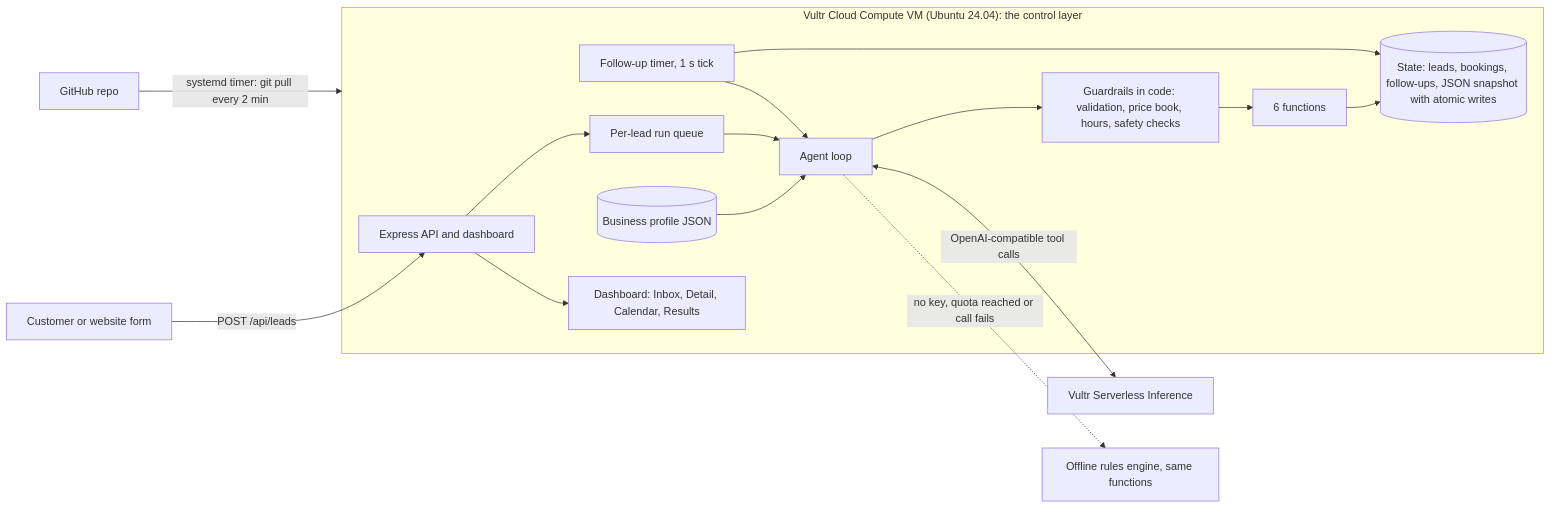
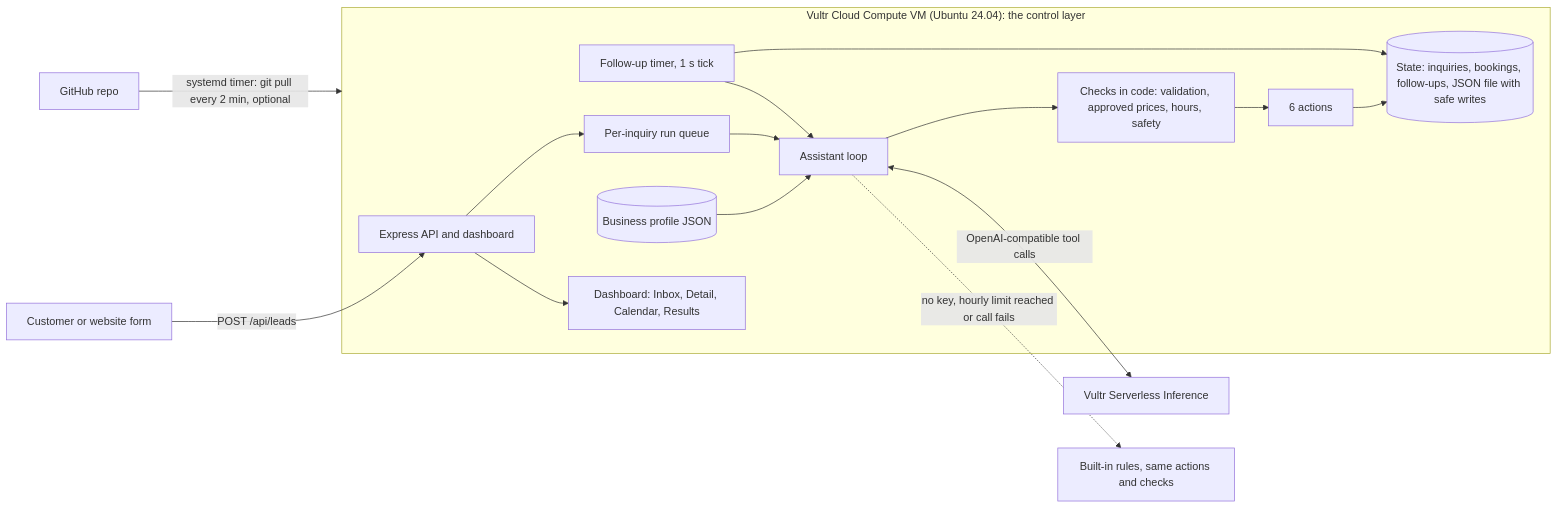
One commit to firstanswerhq/first-answer-agent changed the diagram in README.md. Above: the diagram before and after it, drawn with Mermaid. The commit also changed other lines of this file and 2 other files, not shown here.

````diff
--- a/README.md
+++ b/README.md
@@ -62,18 +69,18 @@
 ```mermaid
 flowchart LR
   C[Customer or website form] -->|POST /api/leads| API
   subgraph VM["Vultr Cloud Compute VM (Ubuntu 24.04): the control layer"]
     P[(Business profile JSON)] --> A
-    API[Express API and dashboard] --> Q[Per-lead run queue]
-    Q --> A[Agent loop]
-    A --> G[Guardrails in code: validation, price book, hours, safety checks]
-    G --> F[6 functions]
-    F --> S[(State: leads, bookings, follow-ups, JSON snapshot with atomic writes)]
+    API[Express API and dashboard] --> Q[Per-inquiry run queue]
+    Q --> A[Assistant loop]
+    A --> G[Checks in code: validation, approved prices, hours, safety]
+    G --> F[6 actions]
+    F --> S[(State: inquiries, bookings, follow-ups, JSON file with safe writes)]
     T[Follow-up timer, 1 s tick] --> S
     T --> A
     API --> D[Dashboard: Inbox, Detail, Calendar, Results]
   end
   A <-->|OpenAI-compatible tool calls| V[Vultr Serverless Inference]
-  A -. no key, quota reached or call fails .-> R[Offline rules engine, same functions]
-  GH[GitHub repo] -->|systemd timer: git pull every 2 min| VM
+  A -. no key, hourly limit reached or call fails .-> R[Built-in rules, same actions and checks]
+  GH[GitHub repo] -->|systemd timer: git pull every 2 min, optional| VM
 ```
````
